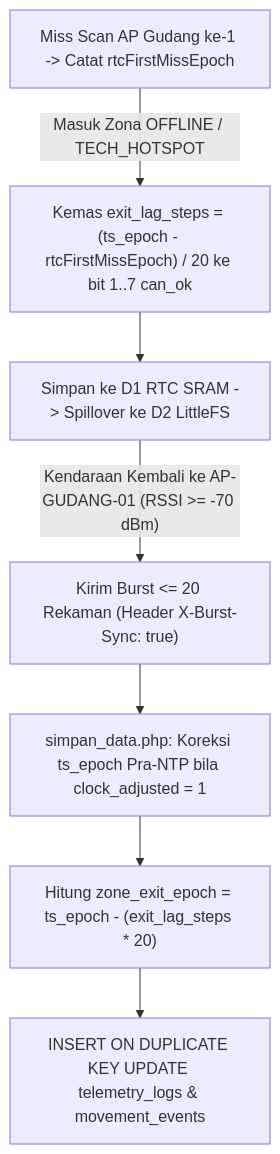
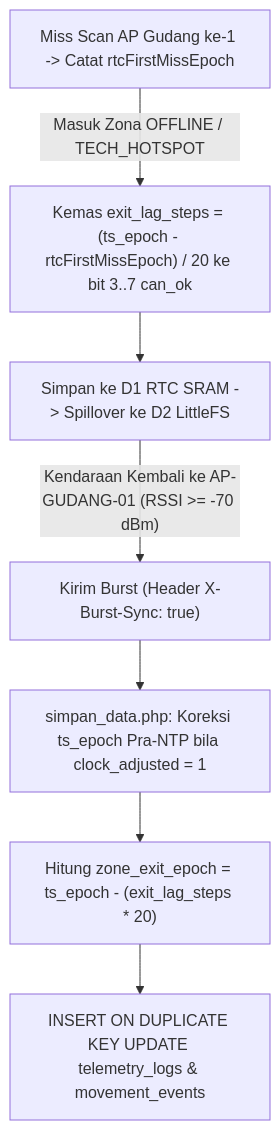
Before and after one commit to Syzafid/OrionTelemetry: the fourth of 4 diagrams in docs/docs/architecture/data-flow-dfd.md, drawn with Mermaid. The commit also changed other lines of this file and 24 other files, not shown here.

````diff
--- a/docs/docs/architecture/data-flow-dfd.md
+++ b/docs/docs/architecture/data-flow-dfd.md
@@ -120,9 +130,9 @@
 ```mermaid
 flowchart TD
-  TRIG_OUT["Miss Scan AP Gudang ke-1 -> Catat rtcFirstMissEpoch"] -->|"Masuk Zona OFFLINE / TECH_HOTSPOT"| LAG_PACK["Kemas exit_lag_steps = (ts_epoch - rtcFirstMissEpoch) / 20 ke bit 1..7 can_ok"]
+  TRIG_OUT["Miss Scan AP Gudang ke-1 -> Catat rtcFirstMissEpoch"] -->|"Masuk Zona OFFLINE / TECH_HOTSPOT"| LAG_PACK["Kemas exit_lag_steps = (ts_epoch - rtcFirstMissEpoch) / 20 ke bit 3..7 can_ok"]
   LAG_PACK --> QUEUE["Simpan ke D1 RTC SRAM -> Spillover ke D2 LittleFS"]
-  QUEUE -->|"Kendaraan Kembali ke AP-GUDANG-01 (RSSI >= -70 dBm)"| FLUSH["Kirim Burst <= 20 Rekaman (Header X-Burst-Sync: true)"]
+  QUEUE -->|"Kendaraan Kembali ke AP-GUDANG-01 (RSSI >= -70 dBm)"| FLUSH["Kirim Burst (Header X-Burst-Sync: true)"]
   FLUSH --> RECONCILE["simpan_data.php: Koreksi ts_epoch Pra-NTP bila clock_adjusted = 1"]
   RECONCILE --> EXIT_TIME["Hitung zone_exit_epoch = ts_epoch - (exit_lag_steps * 20)"]
   EXIT_TIME --> UPSERT["INSERT ON DUPLICATE KEY UPDATE telemetry_logs & movement_events"]
 ```
````
